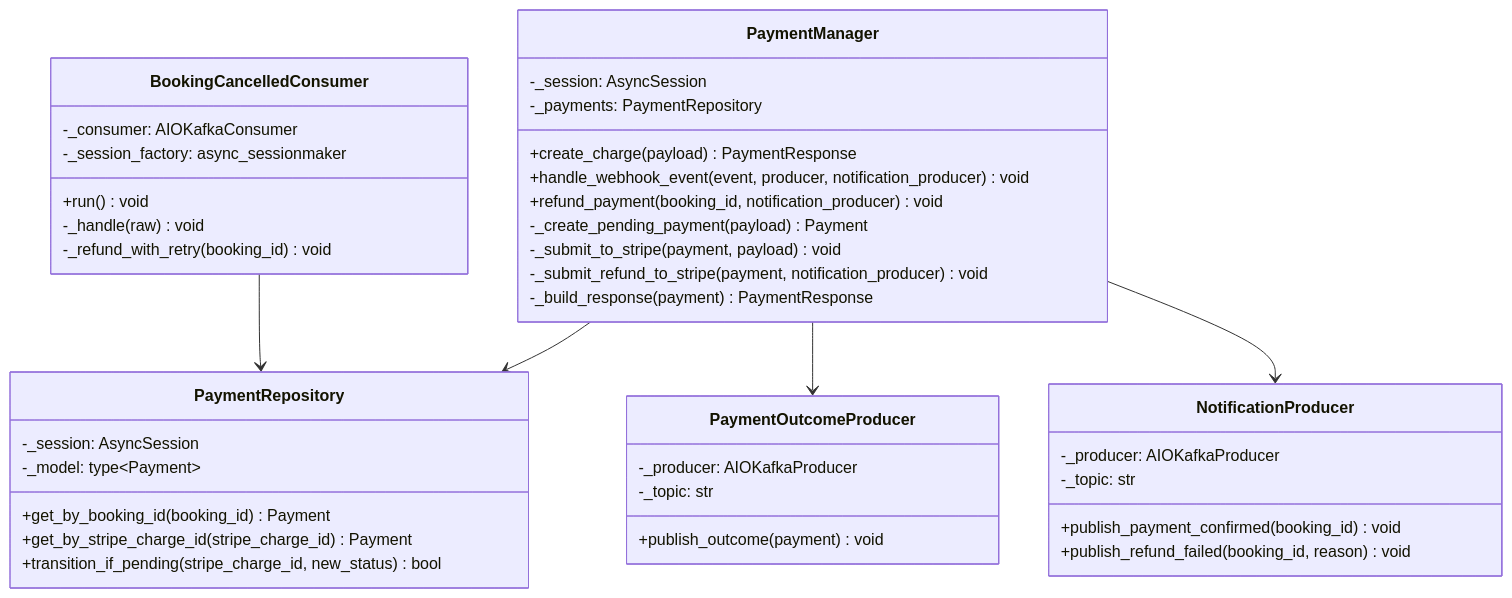
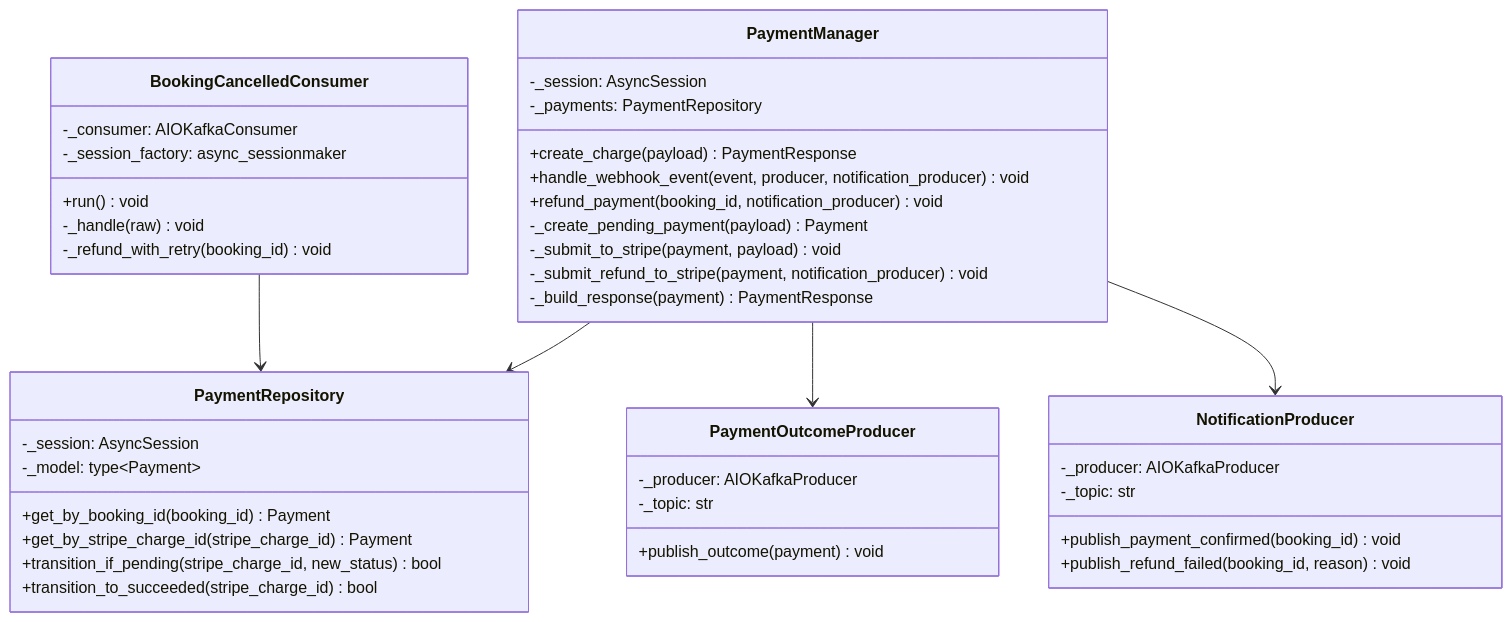
Before and after one commit to STRYKER316/event-ticketing-platform: the fourth of 5 diagrams in docs/report/class-diagrams.md, drawn with Mermaid. The commit also changed other lines of this file and 6 other files, not shown here.

Commit message:
docs+infra: fix seed.py doc staleness, stale class diagrams, and code-review-reference comments

````diff
--- a/docs/report/class-diagrams.md
+++ b/docs/report/class-diagrams.md
@@ -510,48 +511,49 @@
 ```mermaid
 classDiagram
     class PaymentManager {
         -_session: AsyncSession
         -_payments: PaymentRepository
         +create_charge(payload) PaymentResponse
         +handle_webhook_event(event, producer, notification_producer) void
         +refund_payment(booking_id, notification_producer) void
         -_create_pending_payment(payload) Payment
         -_submit_to_stripe(payment, payload) void
         -_submit_refund_to_stripe(payment, notification_producer) void
         -_build_response(payment) PaymentResponse
     }
 
     class PaymentRepository {
         -_session: AsyncSession
         -_model: type~Payment~
         +get_by_booking_id(booking_id) Payment
         +get_by_stripe_charge_id(stripe_charge_id) Payment
         +transition_if_pending(stripe_charge_id, new_status) bool
+        +transition_to_succeeded(stripe_charge_id) bool
     }
 
     class PaymentOutcomeProducer {
         -_producer: AIOKafkaProducer
         -_topic: str
         +publish_outcome(payment) void
     }
 
     class NotificationProducer {
         -_producer: AIOKafkaProducer
         -_topic: str
         +publish_payment_confirmed(booking_id) void
         +publish_refund_failed(booking_id, reason) void
     }
 
     class BookingCancelledConsumer {
         -_consumer: AIOKafkaConsumer
         -_session_factory: async_sessionmaker
         +run() void
         -_handle(raw) void
         -_refund_with_retry(booking_id) void
     }
 
     PaymentManager --> PaymentRepository
     PaymentManager --> PaymentOutcomeProducer
     PaymentManager --> NotificationProducer
     BookingCancelledConsumer --> PaymentRepository
 ```
````
